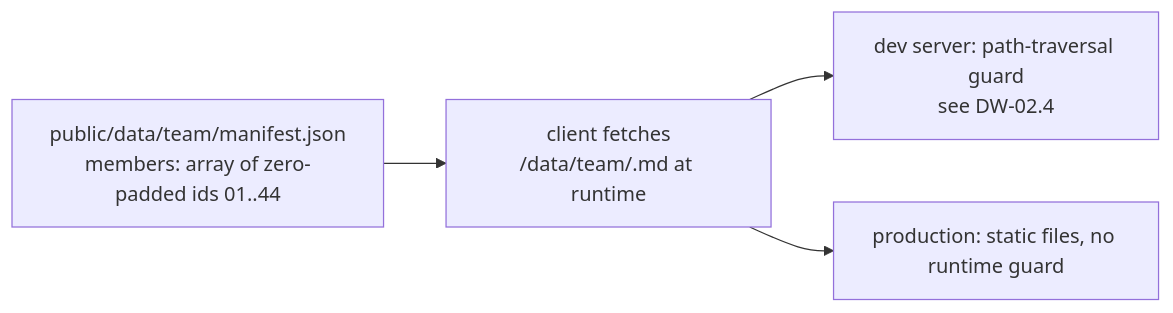
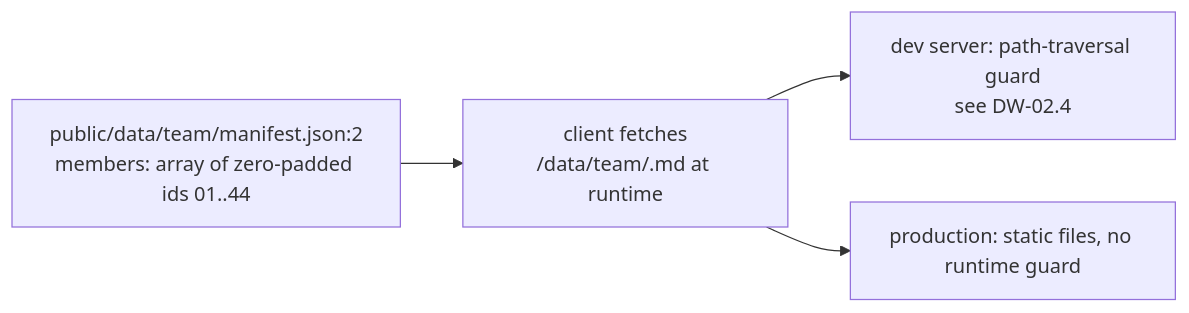
One commit to DreamLab-AI/VisionFlow changed the third of 8 diagrams in docs/diagrams/dreamlab-ai-website/06-content-pipeline-and-invariants-register.md. Above: the diagram before and after it, drawn with Mermaid. The commit also changed other lines of this file and 185 other files, not shown here.

Commit message:
docs(estate): reconcile diagrams and ADRs with source and define closeout sprint

````diff
--- a/docs/diagrams/dreamlab-ai-website/06-content-pipeline-and-invariants-register.md
+++ b/docs/diagrams/dreamlab-ai-website/06-content-pipeline-and-invariants-register.md
@@ -63,6 +73,6 @@
 ```mermaid
 flowchart LR
-    MANIFEST["public/data/team/manifest.json<br/>members: array of zero-padded ids 01..44"] --> FETCH["client fetches<br/>/data/team/<id>.md at runtime"]
+    MANIFEST["public/data/team/manifest.json:2<br/>members: array of zero-padded ids 01..44"] --> FETCH["client fetches<br/>/data/team/<id>.md at runtime"]
     FETCH --> DEVGUARD["dev server: path-traversal guard<br/>see DW-02.4"]
     FETCH --> PROD["production: static files, no runtime guard"]
 ```
````
